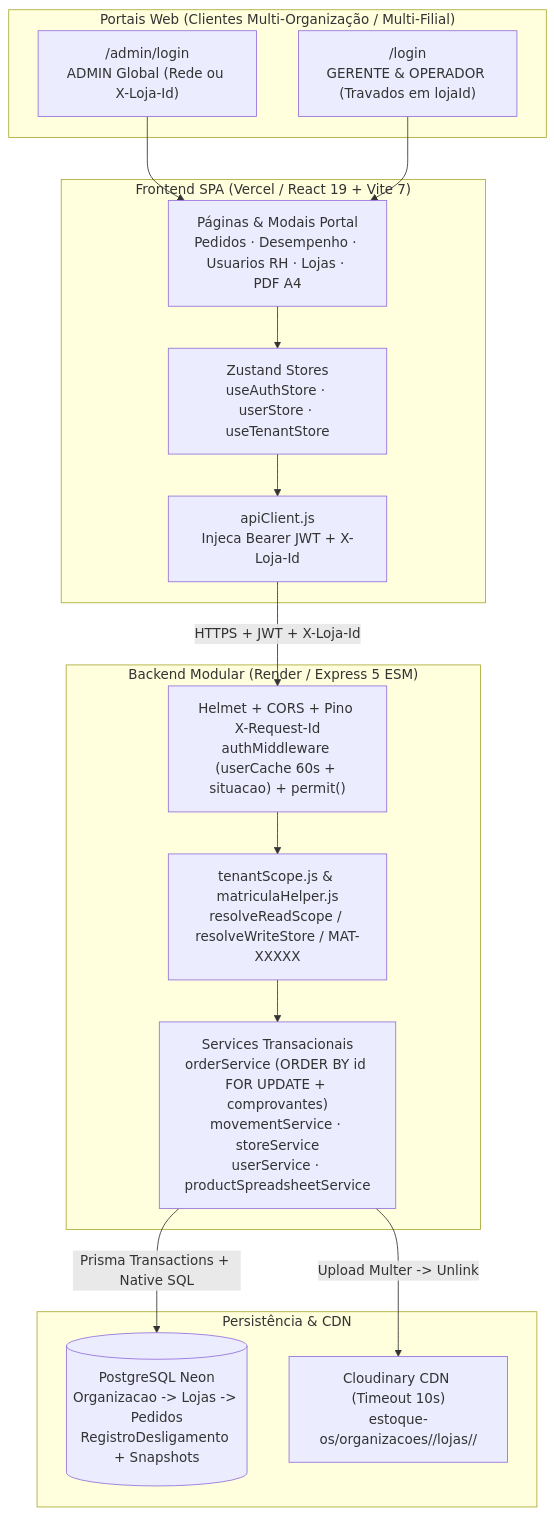
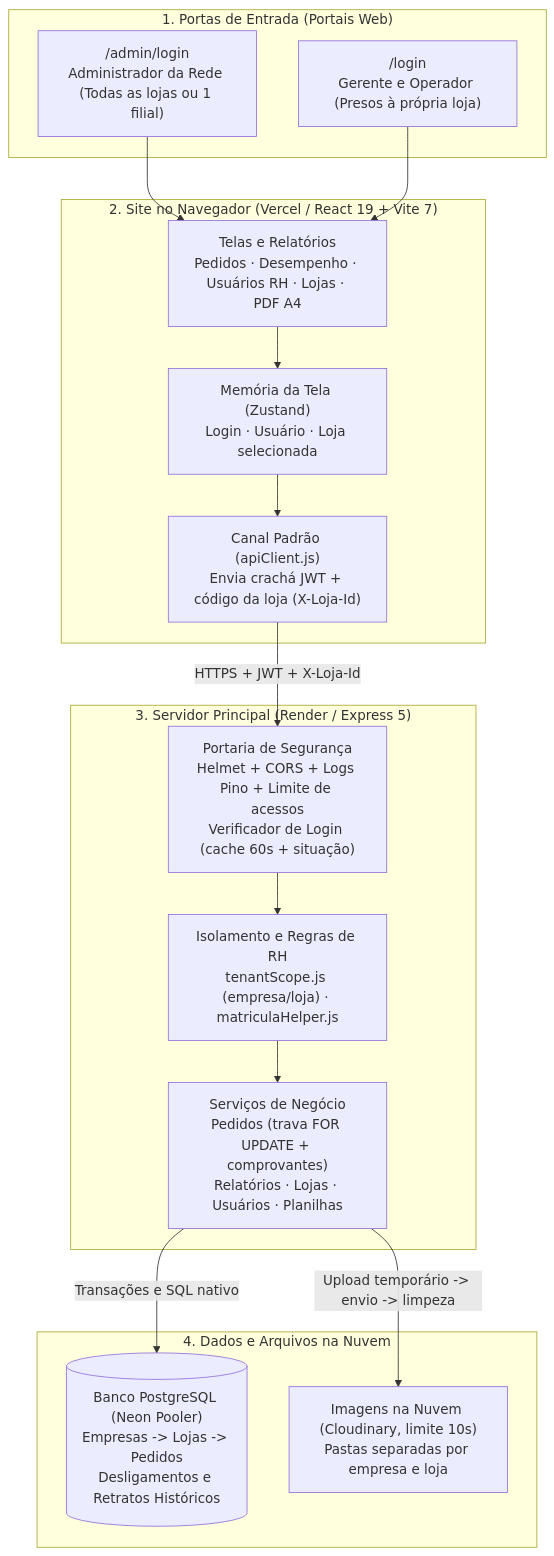
One commit to mateus-x17/adm-estoque changed the first of 2 diagrams in relatorios/09_arquitetura_e_system_design.md. Above: the diagram before and after it, drawn with Mermaid. The commit also changed other lines of this file and 17 other files, not shown here.

````diff
--- a/relatorios/09_arquitetura_e_system_design.md
+++ b/relatorios/09_arquitetura_e_system_design.md
@@ -11,32 +20,32 @@
 ```mermaid
 flowchart TD
-    subgraph Portals["Portais Web (Clientes Multi-Organização / Multi-Filial)"]
-        AdminPortal["/admin/login\nADMIN Global (Rede ou X-Loja-Id)"]
-        StorePortal["/login\nGERENTE & OPERADOR (Travados em lojaId)"]
+    subgraph Portals["1. Portas de Entrada (Portais Web)"]
+        AdminPortal["/admin/login\nAdministrador da Rede (Todas as lojas ou 1 filial)"]
+        StorePortal["/login\nGerente e Operador (Presos à própria loja)"]
     end
 
-    subgraph FrontendSPA["Frontend SPA (Vercel / React 19 + Vite 7)"]
-        Zustand["Zustand Stores\nuseAuthStore · userStore · useTenantStore"]
-        APIClient["apiClient.js\nInjeca Bearer JWT + X-Loja-Id"]
-        UI["Páginas & Modais Portal\nPedidos · Desempenho · Usuarios RH · Lojas · PDF A4"]
+    subgraph FrontendSPA["2. Site no Navegador (Vercel / React 19 + Vite 7)"]
+        Zustand["Memória da Tela (Zustand)\nLogin · Usuário · Loja selecionada"]
+        APIClient["Canal Padrão (apiClient.js)\nEnvia crachá JWT + código da loja (X-Loja-Id)"]
+        UI["Telas e Relatórios\nPedidos · Desempenho · Usuários RH · Lojas · PDF A4"]
     end
 
-    subgraph BackendAPI["Backend Modular (Render / Express 5 ESM)"]
-        Security["Helmet + CORS + Pino X-Request-Id\nauthMiddleware (userCache 60s + situacao) + permit()"]
-        Scope["tenantScope.js & matriculaHelper.js\nresolveReadScope / resolveWriteStore / MAT-XXXXX"]
-        CoreServices["Services Transacionais\norderService (ORDER BY id FOR UPDATE + comprovantes)\nmovementService · storeService\nuserService · productSpreadsheetService"]
+    subgraph BackendAPI["3. Servidor Principal (Render / Express 5)"]
+        Security["Portaria de Segurança\nHelmet + CORS + Logs Pino + Limite de acessos\nVerificador de Login (cache 60s + situação)"]
+        Scope["Isolamento e Regras de RH\ntenantScope.js (empresa/loja) · matriculaHelper.js"]
+        CoreServices["Serviços de Negócio\nPedidos (trava FOR UPDATE + comprovantes)\nRelatórios · Lojas · Usuários · Planilhas"]
     end
 
-    subgraph CloudInfra["Persistência & CDN"]
-        NeonDB[("PostgreSQL Neon\nOrganizacao -> Lojas -> Pedidos\nRegistroDesligamento + Snapshots")]
-        Cloudinary["Cloudinary CDN (Timeout 10s)\nestoque-os/organizacoes/<org>/lojas/<loja>/"]
+    subgraph CloudInfra["4. Dados e Arquivos na Nuvem"]
+        NeonDB[("Banco PostgreSQL (Neon Pooler)\nEmpresas -> Lojas -> Pedidos\nDesligamentos e Retratos Históricos")]
+        Cloudinary["Imagens na Nuvem (Cloudinary, limite 10s)\nPastas separadas por empresa e loja"]
     end
 
     AdminPortal --> UI
     StorePortal --> UI
     UI --> Zustand --> APIClient
     APIClient -->|HTTPS + JWT + X-Loja-Id| Security
     Security --> Scope --> CoreServices
-    CoreServices -->|Prisma Transactions + Native SQL| NeonDB
-    CoreServices -->|Upload Multer -> Unlink| Cloudinary
+    CoreServices -->|Transações e SQL nativo| NeonDB
+    CoreServices -->|Upload temporário -> envio -> limpeza| Cloudinary
 ```
````
